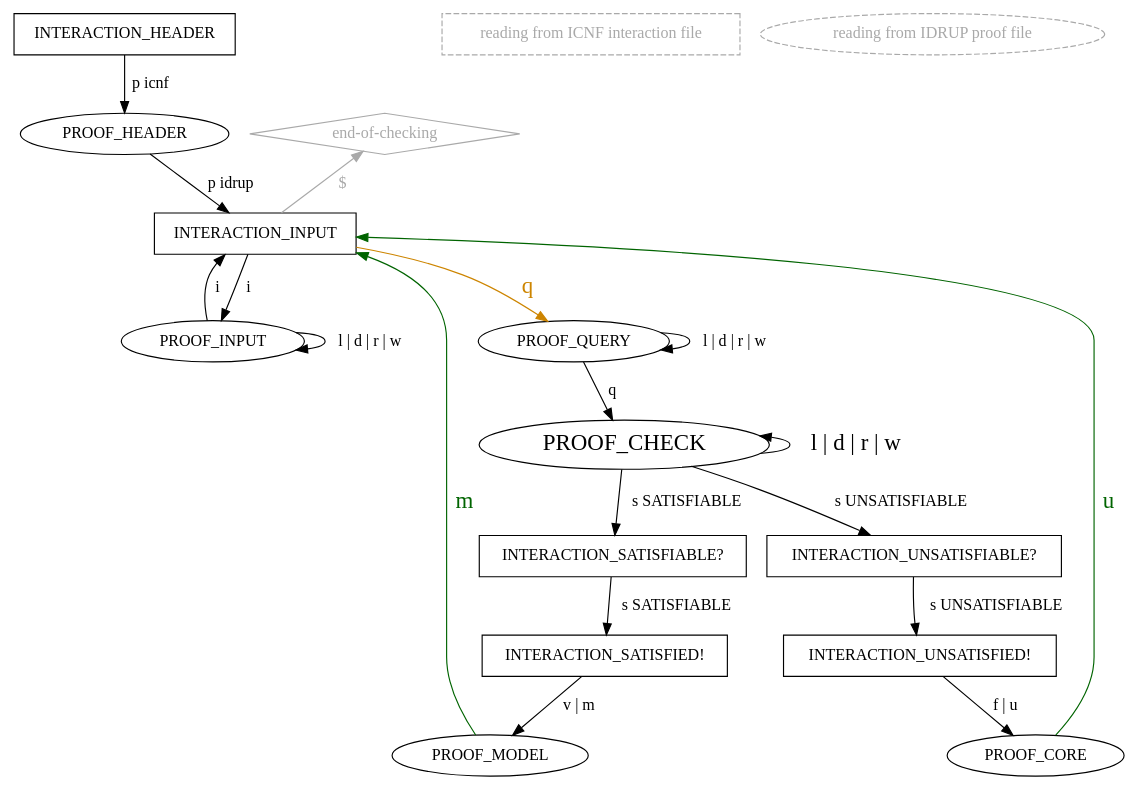
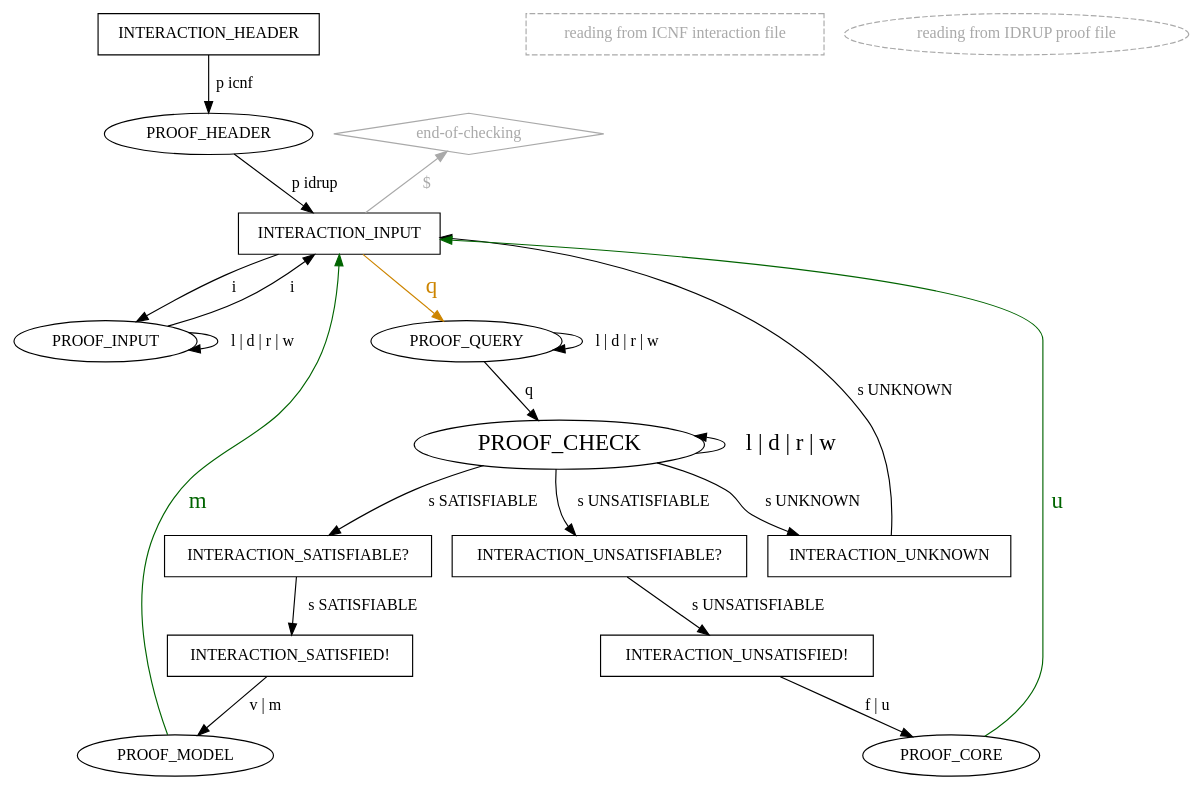
One commit to arminbiere/lidrup-check changed the diagram in idrup-check-pedantic-clear.dot. Above: the diagram before and after it, drawn with Graphviz. The commit also changed 1 other file, not shown here.

Commit message:
s UNKNOWN in the dot plot

```diff
--- a/idrup-check-pedantic-clear.dot
+++ b/idrup-check-pedantic-clear.dot
@@ -1,47 +1,51 @@
 digraph "idrup-check" {
 
   INTERACTION_HEADER [shape=box];
   INTERACTION_HEADER -> PROOF_HEADER [label=" p icnf",weight=2];
 
   empty_legend1 [label="                     ",style=invis]
   icnf_legend
   [shape=box,color=darkgray,fontcolor=darkgray,style=dashed,label="reading from ICNF interaction file"]
   //empty_legend2 [label="      ",style=invis]
   idrup_legend
   [style=dashed,color=darkgray,fontcolor=darkgray,label="reading from IDRUP proof file"]
 
   "end-of-checking" [shape=diamond,color=darkgray,fontcolor=darkgray];
    "end-of-checking" -> INTERACTION_INPUT [label="  $    ",dir=back,fontcolor=darkgray,color=darkgray];
 
   PROOF_HEADER -> INTERACTION_INPUT [label=" p idrup"]
 
   INTERACTION_INPUT [shape=box];
   INTERACTION_INPUT -> PROOF_INPUT [label=" i ",weight=2];
   INTERACTION_INPUT -> PROOF_QUERY [label=" q ",weight=2,color=orange3,fontsize=20,fontcolor=orange3];
 
   PROOF_INPUT -> INTERACTION_INPUT [label=" i ",weight=3];
   PROOF_INPUT -> PROOF_INPUT [label=" l | d | r | w"];
 
   PROOF_QUERY -> PROOF_CHECK [label=" q "];
   PROOF_QUERY -> PROOF_QUERY [label=" l | d | r | w"];
 
   PROOF_CHECK [fontsize=20];
   PROOF_CHECK -> PROOF_CHECK [label=" l | d | r | w ",dir=back,fontsize=20];
   PROOF_CHECK -> INTERACTION_SATISFIABLE [label=" s SATISFIABLE "];
   PROOF_CHECK -> INTERACTION_UNSATISFIABLE [label=" s UNSATISFIABLE "];
+  PROOF_CHECK -> INTERACTION_UNKNOWN [label=" s UNKNOWN ",weight=2];
 
   INTERACTION_UNSATISFIABLE [shape="box",label="INTERACTION_UNSATISFIABLE?"];
   INTERACTION_UNSATISFIABLE -> INTERACTION_UNSATISFIED [label=" s UNSATISFIABLE "];
 
   INTERACTION_SATISFIABLE [shape="box",label="INTERACTION_SATISFIABLE?"];
   INTERACTION_SATISFIABLE -> INTERACTION_SATISFIED [label=" s SATISFIABLE "];
 
   INTERACTION_SATISFIED [shape=box,label="INTERACTION_SATISFIED!"];
   INTERACTION_SATISFIED -> PROOF_MODEL [label=" v | m "];
 
   INTERACTION_UNSATISFIED [shape=box,label="INTERACTION_UNSATISFIED!"];
   INTERACTION_UNSATISFIED -> PROOF_CORE [label=" f | u "];
 
+  INTERACTION_UNKNOWN [shape=box];
+  INTERACTION_UNKNOWN -> INTERACTION_INPUT [label="s UNKNOWN",weight=2];
+
   PROOF_MODEL -> INTERACTION_INPUT [label=" m ",color=darkgreen,fontsize=20,fontcolor=darkgreen];
   PROOF_CORE -> INTERACTION_INPUT [label=" u ",color=darkgreen,fontsize=20,fontcolor=darkgreen];
 }
```
